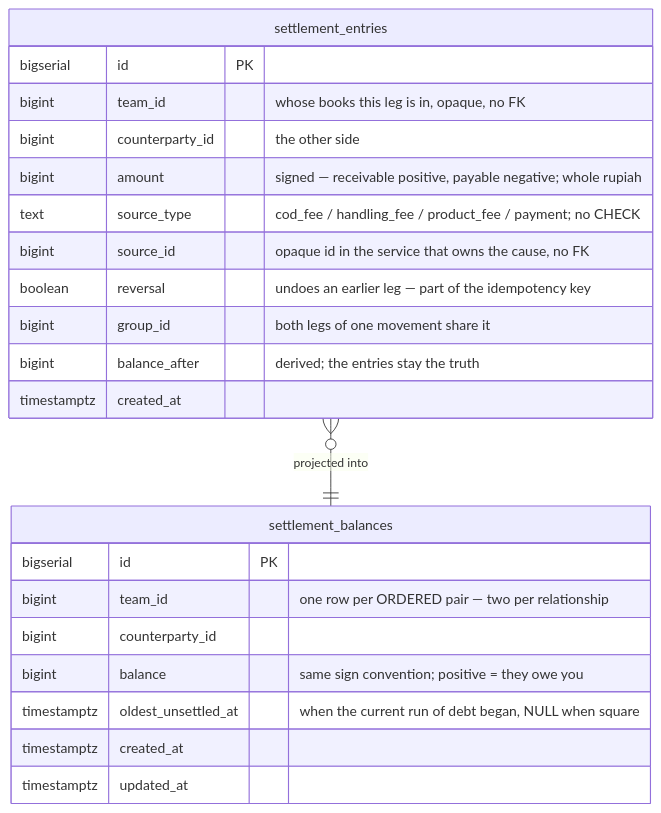
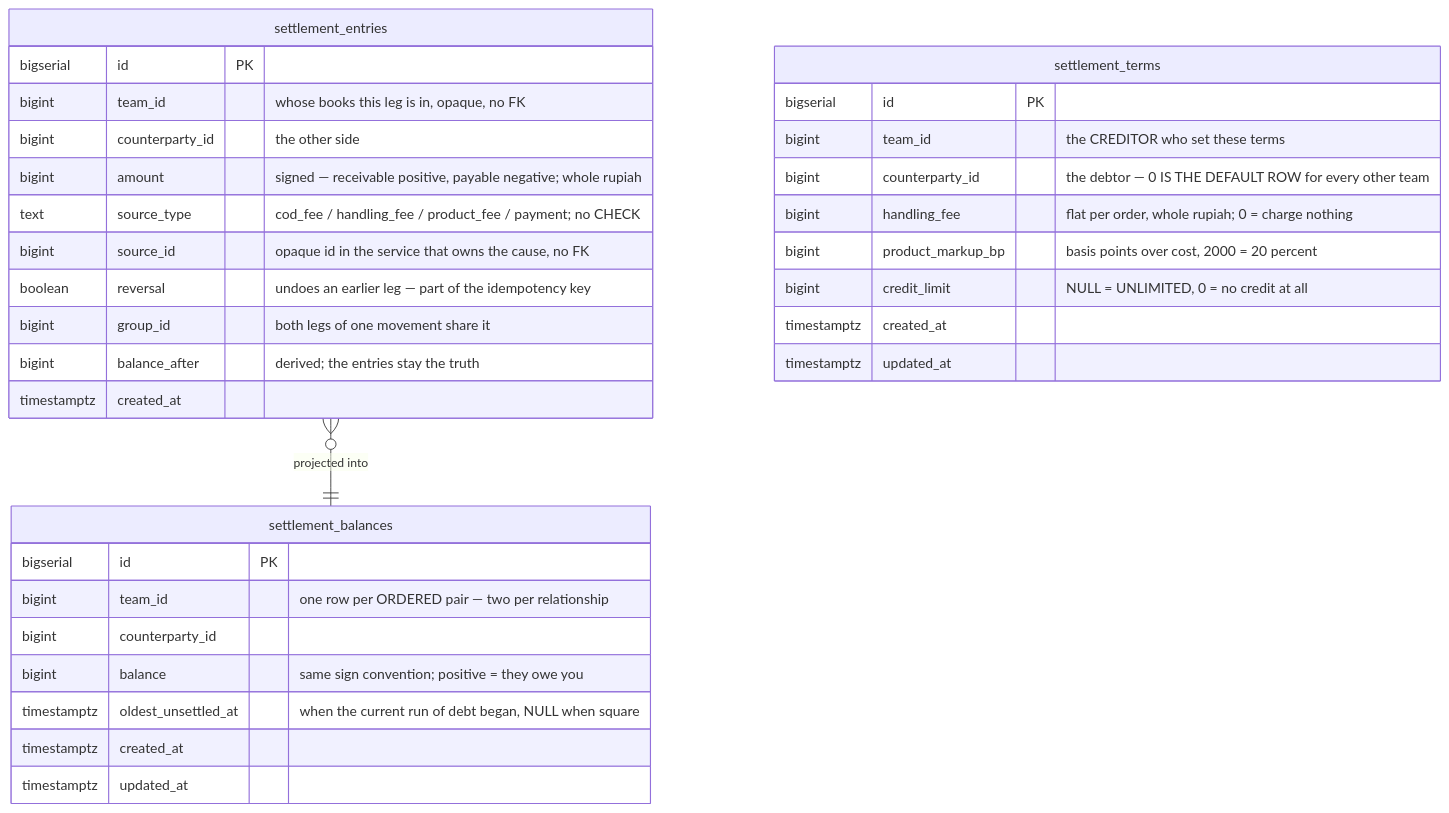
Before and after one commit to pdcgo/warehouse_revamp: diagram 13 of 13 in docs/database-schema.md, drawn with Mermaid. The commit also changed other lines of this file and 17 other files, not shown here.

````diff
--- a/docs/database-schema.md
+++ b/docs/database-schema.md
@@ -896,27 +896,37 @@
 ```mermaid
 erDiagram
     settlement_entries }o--|| settlement_balances : "projected into"
+    settlement_terms {
+        bigserial   id                PK
+        bigint      team_id           "the CREDITOR who set these terms"
+        bigint      counterparty_id   "the debtor — 0 IS THE DEFAULT ROW for every other team"
+        bigint      handling_fee      "flat per order, whole rupiah; 0 = charge nothing"
+        bigint      product_markup_bp "basis points over cost, 2000 = 20 percent"
+        bigint      credit_limit      "NULL = UNLIMITED, 0 = no credit at all"
+        timestamptz created_at
+        timestamptz updated_at
+    }
 
     settlement_entries {
         bigserial   id              PK
         bigint      team_id         "whose books this leg is in, opaque, no FK"
         bigint      counterparty_id "the other side"
         bigint      amount          "signed — receivable positive, payable negative; whole rupiah"
         text        source_type     "cod_fee / handling_fee / product_fee / payment; no CHECK"
         bigint      source_id       "opaque id in the service that owns the cause, no FK"
         boolean     reversal        "undoes an earlier leg — part of the idempotency key"
         bigint      group_id        "both legs of one movement share it"
         bigint      balance_after   "derived; the entries stay the truth"
         timestamptz created_at
     }
 
     settlement_balances {
         bigserial   id                  PK
         bigint      team_id             "one row per ORDERED pair — two per relationship"
         bigint      counterparty_id
         bigint      balance             "same sign convention; positive = they owe you"
         timestamptz oldest_unsettled_at "when the current run of debt began, NULL when square"
         timestamptz created_at
         timestamptz updated_at
     }
 ```
````
